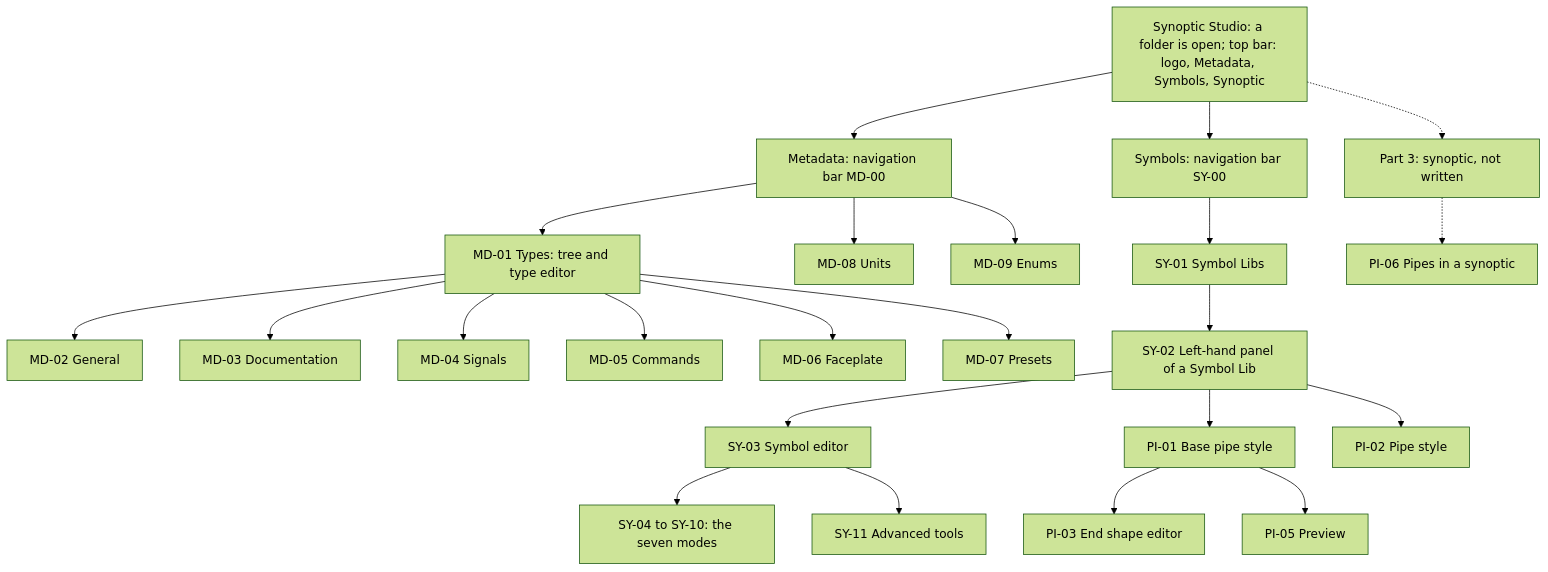
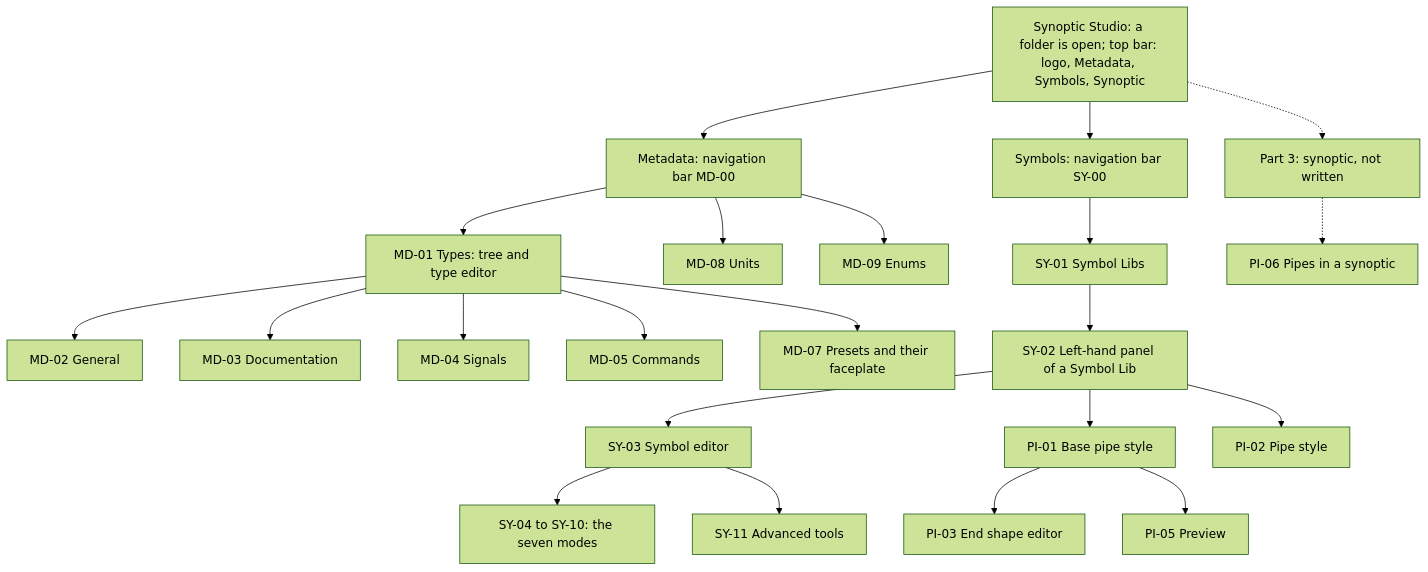
The fifth of 5 diagrams in screens/README.md (AlexandreGallais/synoptic-studio-spec), drawn with Mermaid (forest theme) before and after one commit. The commit also changed other lines of this file and 15 other files, not shown here.

First line of the commit message:
docs(spec): merge faceplate into presets and add signal display name

````diff
--- a/screens/README.md
+++ b/screens/README.md
@@ -143,27 +143,26 @@
 ```mermaid
 flowchart TD
     APP["Synoptic Studio: a folder is open; top bar: logo, Metadata, Symbols, Synoptic"] --> MD["Metadata: navigation bar MD-00"]
     APP --> SY["Symbols: navigation bar SY-00"]
     APP -.-> P3["Part 3: synoptic, not written"]
 
     MD --> MD01["MD-01 Types: tree and type editor"]
     MD01 --> MD02["MD-02 General"]
     MD01 --> MD03["MD-03 Documentation"]
     MD01 --> MD04["MD-04 Signals"]
     MD01 --> MD05["MD-05 Commands"]
-    MD01 --> MD06["MD-06 Faceplate"]
-    MD01 --> MD07["MD-07 Presets"]
+    MD01 --> MD07["MD-07 Presets and their faceplate"]
     MD --> MD08["MD-08 Units"]
     MD --> MD09["MD-09 Enums"]
 
     SY --> SY01["SY-01 Symbol Libs"]
     SY01 --> SY02["SY-02 Left-hand panel of a Symbol Lib"]
     SY02 --> SY03["SY-03 Symbol editor"]
     SY03 --> SY04["SY-04 to SY-10: the seven modes"]
     SY03 --> SY11["SY-11 Advanced tools"]
     SY02 --> PI01["PI-01 Base pipe style"]
     SY02 --> PI02["PI-02 Pipe style"]
     PI01 --> PI03["PI-03 End shape editor"]
     PI01 --> PI05["PI-05 Preview"]
     P3 -.-> PI06["PI-06 Pipes in a synoptic"]
 ```
````
